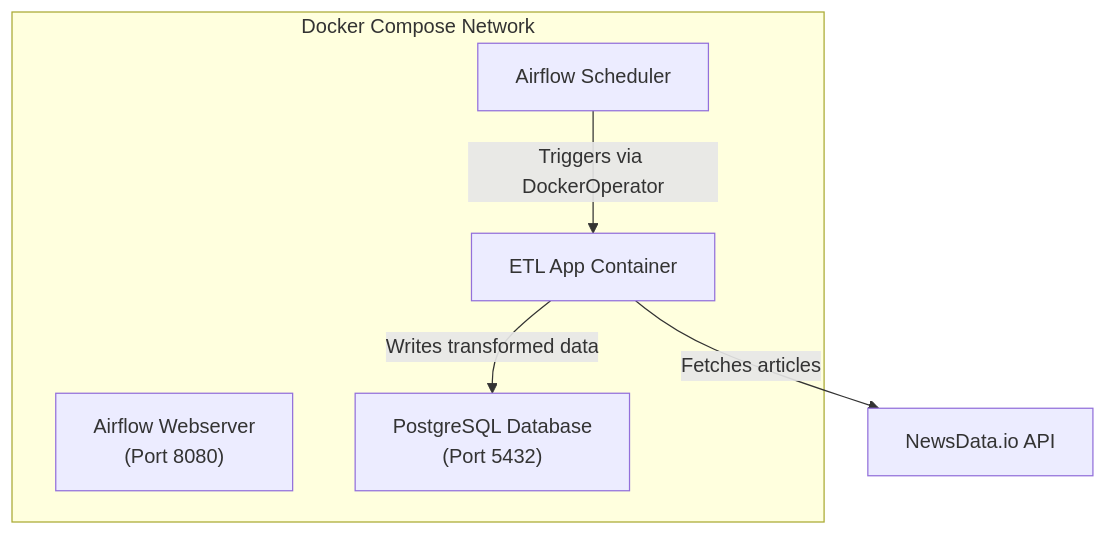
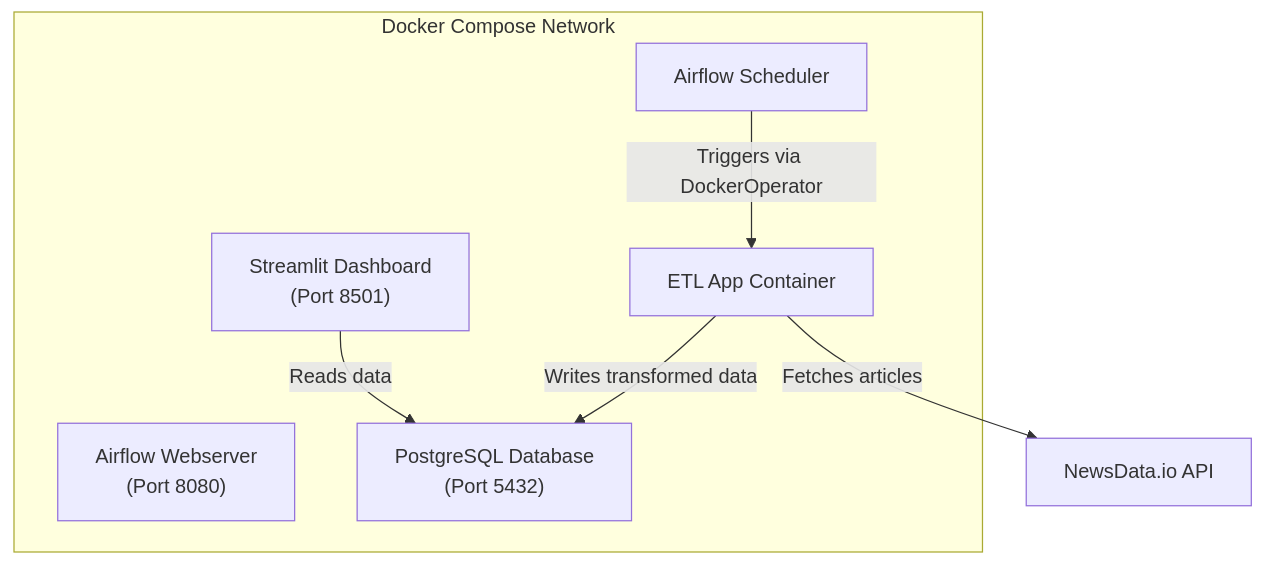
Before and after one commit to axelcabato/de-proj1: the diagram in README.md, drawn with Mermaid. The commit also changed other lines of this file, not shown here.

````diff
--- a/README.md
+++ b/README.md
@@ -22,15 +41,17 @@
 ```mermaid
 flowchart TB
     subgraph Docker["Docker Compose Network"]
         Scheduler["Airflow Scheduler"]
         Webserver["Airflow Webserver<br/>(Port 8080)"]
         Postgres["PostgreSQL Database<br/>(Port 5432)"]
         ETL["ETL App Container"]
+        Dashboard["Streamlit Dashboard<br/>(Port 8501)"]
         
         Scheduler -->|"Triggers via DockerOperator"| ETL
         ETL -->|"Writes transformed data"| Postgres
+        Dashboard -->|"Reads data"| Postgres
     end
     
     API["NewsData.io API"]
     ETL -->|"Fetches articles"| API
 ```
````
